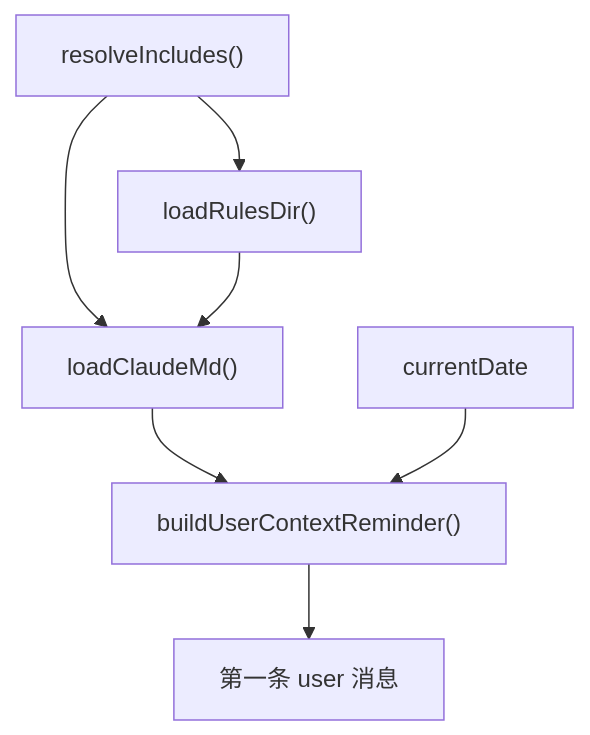
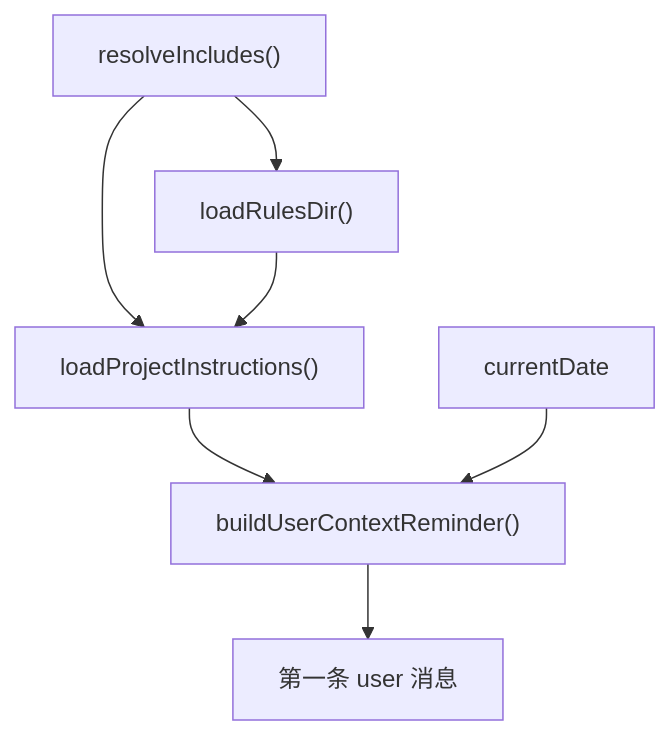
Before and after one commit to wenxuezj-design/mo-code: the second of 2 diagrams in docs/notes/0.3 System Prompt工程.md, drawn with Mermaid. The commit also changed other lines of this file and 2 other files, not shown here.

Commit message:
feat: loadClaudeMd 改为 loadProjectInstructions

````diff
--- a/docs/notes/0.3 System Prompt工程.md
+++ b/docs/notes/0.3 System Prompt工程.md
@@ -369,10 +369,10 @@
 ```mermaid
 flowchart TD
-  INCLUDES["resolveIncludes()"] --> CLAUDE["loadClaudeMd()"]
+  INCLUDES["resolveIncludes()"] --> PROJECT["loadProjectInstructions()"]
   INCLUDES --> RULES["loadRulesDir()"]
-  RULES --> CLAUDE
+  RULES --> PROJECT
 
-  CLAUDE --> REMINDER["buildUserContextReminder()"]
+  PROJECT --> REMINDER["buildUserContextReminder()"]
   DATE["currentDate"] --> REMINDER
   REMINDER --> FIRST_USER["第一条 user 消息"]
 ```
````
